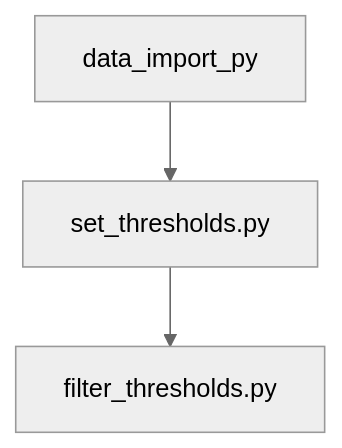
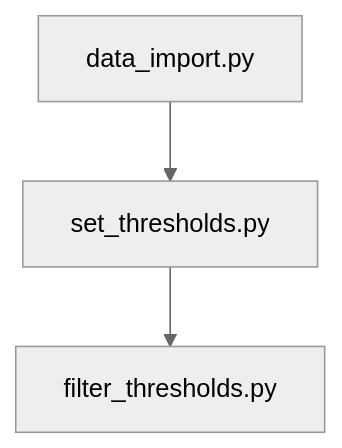
The diagram in README.md (dvrpc/mercer_mobility), drawn with Mermaid (neutral theme) before and after one commit.

````diff
--- a/README.md
+++ b/README.md
@@ -7,5 +7,5 @@
 ```mermaid
   graph TD;
-      data_import_py-->set_thresholds.py;
+      data_import.py-->set_thresholds.py;
       set_thresholds.py-->filter_thresholds.py;
 ```
````
